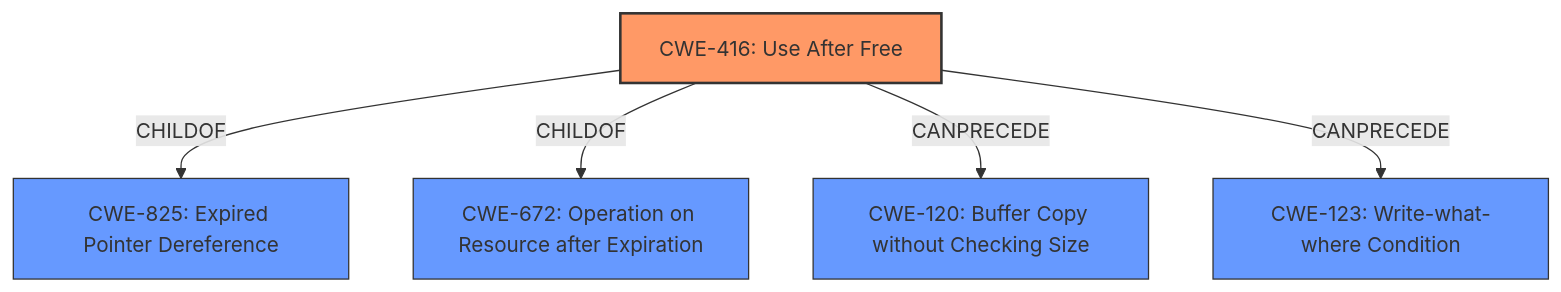
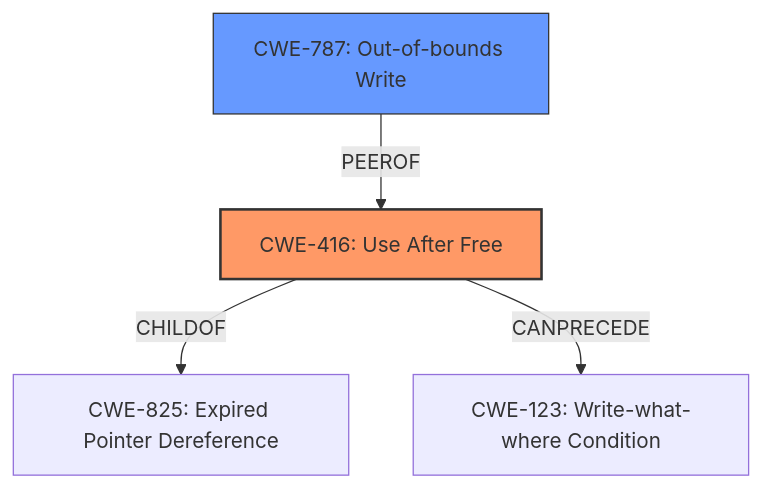
Before and after one commit to CyberSecAI/cwe_agent_assign_reports_2023: the diagram in CVE-2021-30858/CVE-2021-30858_analysis.md, drawn with Mermaid. The commit also changed other lines of this file and 902 other files, not shown here.

````diff
--- a/CVE-2021-30858/CVE-2021-30858_analysis.md
+++ b/CVE-2021-30858/CVE-2021-30858_analysis.md
@@ -16,18 +17,16 @@
 ```mermaid
 graph TD
     cwe416["CWE-416: Use After Free"]
     cwe825["CWE-825: Expired Pointer Dereference"]
-    cwe672["CWE-672: Operation on Resource after Expiration"]
-    cwe120["CWE-120: Buffer Copy without Checking Size"]
     cwe123["CWE-123: Write-what-where Condition"]
+    cwe787["CWE-787: Out-of-bounds Write"]
 
     cwe416 -->|CHILDOF| cwe825
-    cwe416 -->|CHILDOF| cwe672
-    cwe416 -->|CANPRECEDE| cwe120
     cwe416 -->|CANPRECEDE| cwe123
-    
+    cwe787 -->|PEEROF| cwe416
+
     classDef primary fill:#f96,stroke:#333,stroke-width:2px
     classDef secondary fill:#69f,stroke:#333
     class cwe416 primary
-    class cwe825,cwe672,cwe120,cwe123 secondary
+    class cwe787 secondary
 ```
````
